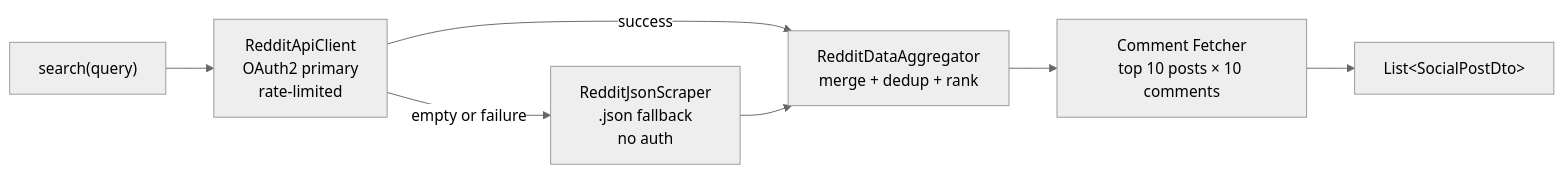
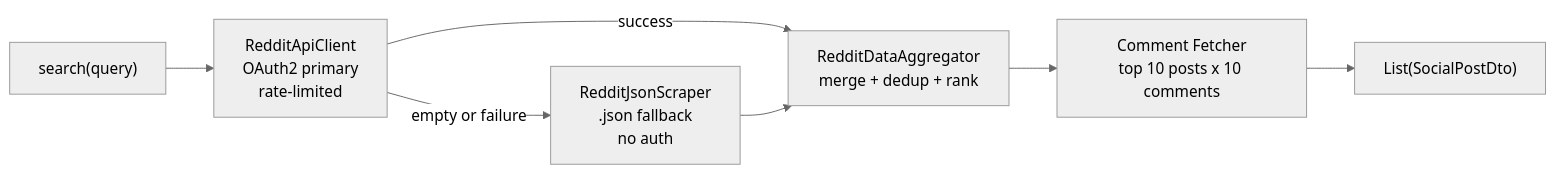
One commit to anubhavbagri/CrowdLens changed the ninth of 31 diagrams in architecture.md. Above: the diagram before and after it, drawn with Mermaid (neutral theme). The commit also changed other lines of this file and 1 other file, not shown here.

Commit message:
fix diagrams

````diff
--- a/architecture.md
+++ b/architecture.md
@@ -437,9 +436,9 @@
 ```mermaid
 flowchart LR
-    Q["search(query)"] --> A["RedditApiClient\nOAuth2 primary\nrate-limited"]
-    A -->|success| AGG["RedditDataAggregator\nmerge + dedup + rank"]
-    A -->|empty or failure| B["RedditJsonScraper\n.json fallback\nno auth"]
+    Q["search(query)"] --> A["RedditApiClient<br>OAuth2 primary<br>rate-limited"]
+    A -->|success| AGG["RedditDataAggregator<br>merge + dedup + rank"]
+    A -->|empty or failure| B["RedditJsonScraper<br>.json fallback<br>no auth"]
     B --> AGG
-    AGG --> C["Comment Fetcher\ntop 10 posts × 10 comments"]
-    C --> OUT["List&lt;SocialPostDto&gt;"]
+    AGG --> C["Comment Fetcher<br>top 10 posts x 10 comments"]
+    C --> OUT["List(SocialPostDto)"]
 ```
````
